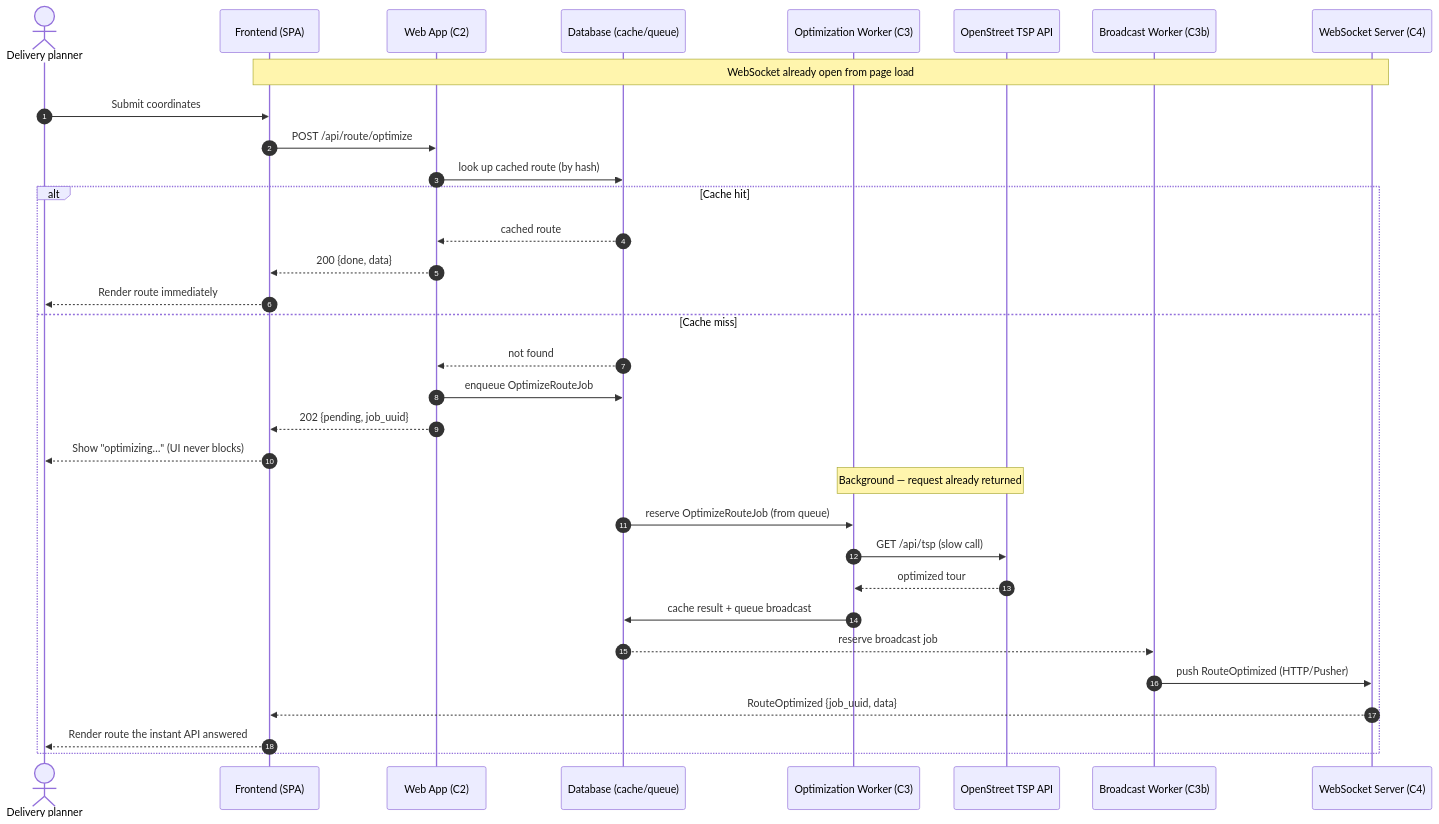
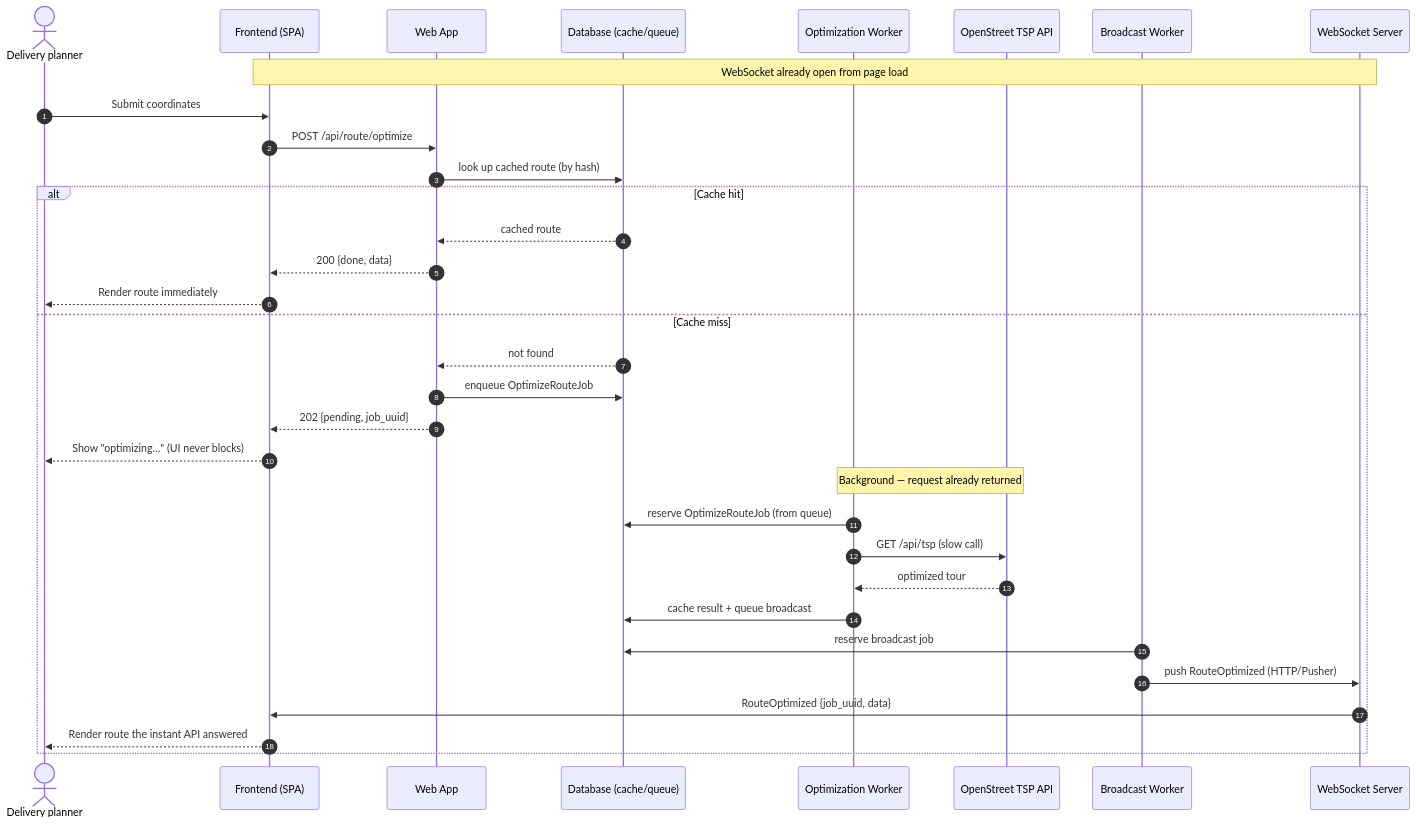
The fourth of 4 diagrams in specs/001-delivery-route-optimization/architecture.md (Bruoche/optistock), drawn with Mermaid before and after one commit. The commit also changed other lines of this file, not shown here.

Commit message:
Cleanup architecture

````diff
--- a/specs/001-delivery-route-optimization/architecture.md
+++ b/specs/001-delivery-route-optimization/architecture.md
@@ -183,39 +184,39 @@
 ```mermaid
 sequenceDiagram
     autonumber
     actor U as Delivery planner
     participant F as Frontend (SPA)
-    participant W as Web App (C2)
+    participant W as Web App
     participant DB as Database (cache/queue)
-    participant Q as Optimization Worker (C3)
+    participant Q as Optimization Worker
     participant API as OpenStreet TSP API
-    participant BW as Broadcast Worker (C3b)
-    participant WS as WebSocket Server (C4)
+    participant BW as Broadcast Worker
+    participant WS as WebSocket Server
 
     Note over F,WS: WebSocket already open from page load
 
     U->>F: Submit coordinates
     F->>W: POST /api/route/optimize
     W->>DB: look up cached route (by hash)
 
     alt Cache hit
         DB-->>W: cached route
         W-->>F: 200 {done, data}
         F-->>U: Render route immediately
     else Cache miss
         DB-->>W: not found
         W->>DB: enqueue OptimizeRouteJob
         W-->>F: 202 {pending, job_uuid}
         F-->>U: Show "optimizing…" (UI never blocks)
 
         Note over Q,API: Background — request already returned
-        DB->>Q: reserve OptimizeRouteJob (from queue)
+        Q->>DB: reserve OptimizeRouteJob (from queue)
         Q->>API: GET /api/tsp (slow call)
         API-->>Q: optimized tour
         Q->>DB: cache result + queue broadcast
-        DB-->>BW: reserve broadcast job
+        BW->>DB: reserve broadcast job
         BW->>WS: push RouteOptimized (HTTP/Pusher)
-        WS-->>F: RouteOptimized {job_uuid, data}
+        WS->>F: RouteOptimized {job_uuid, data}
         F-->>U: Render route the instant API answered
     end
 ```
````
